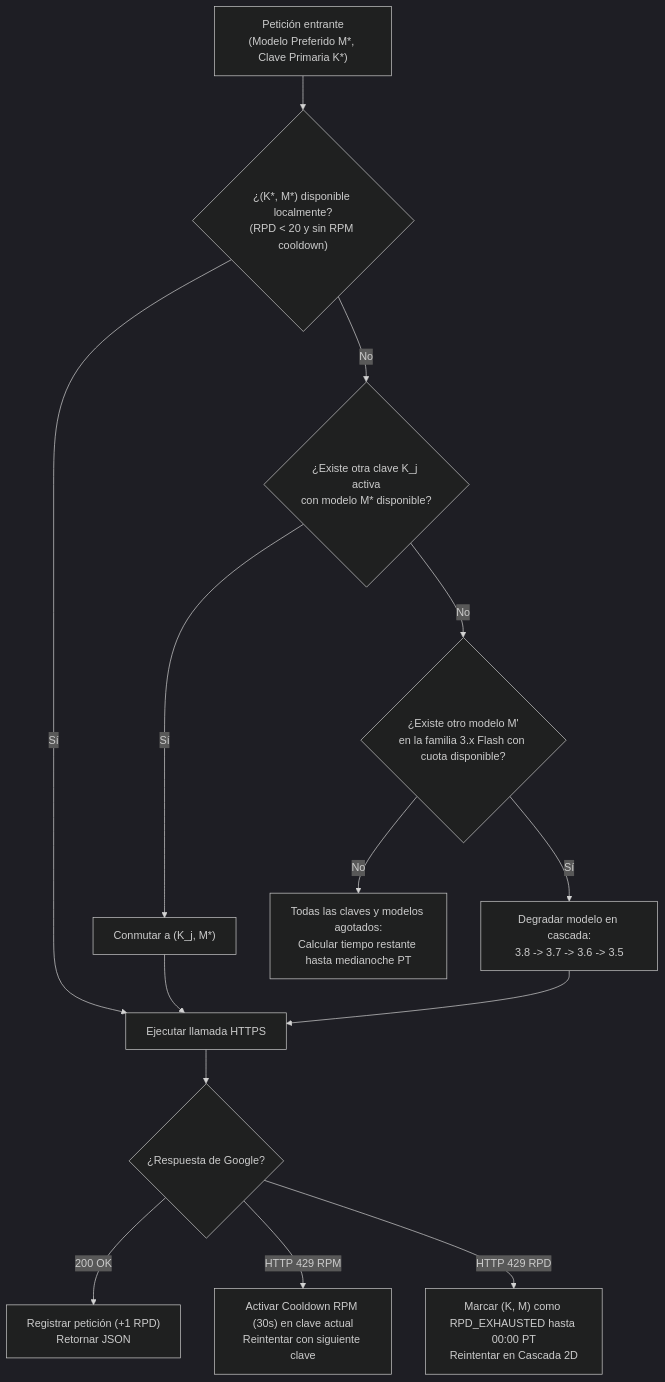
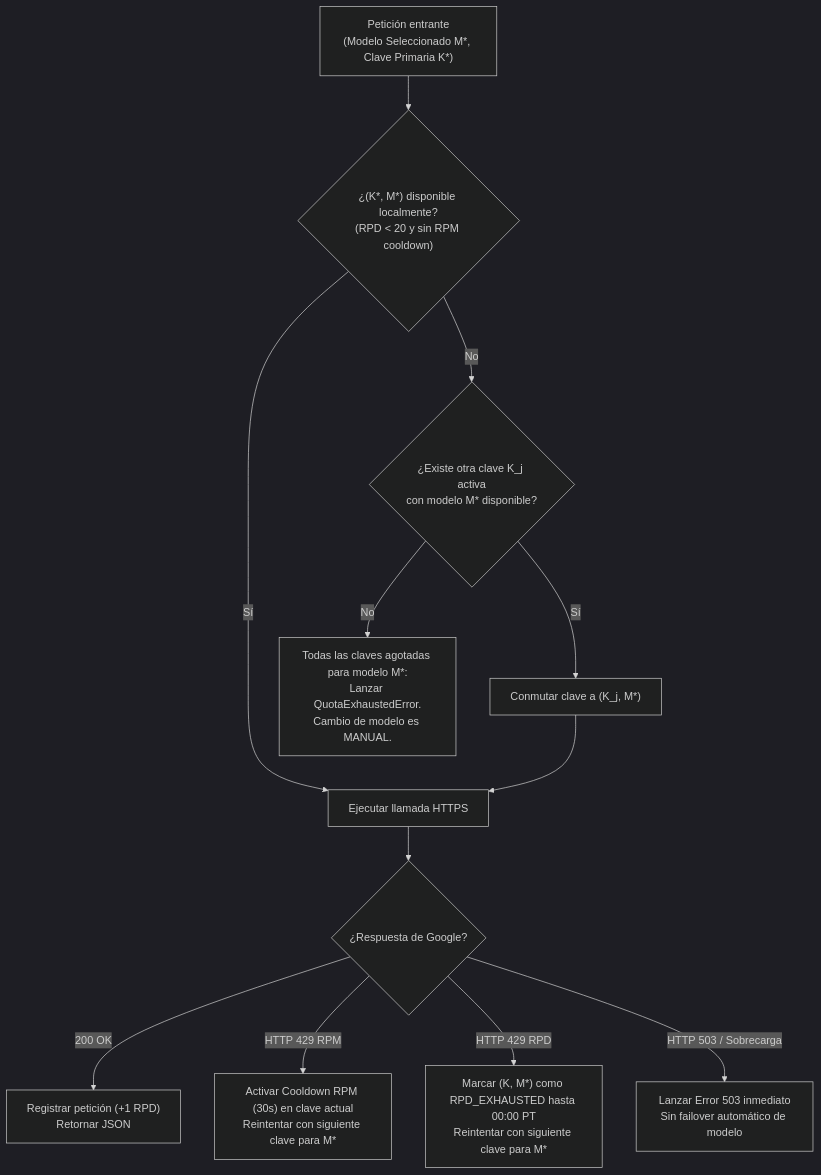
Before and after one commit to JosGRM21/english_learning_assistant: the second of 2 diagrams in docs/05_algorithms/ai_quota_resilience_matrix.md, drawn with Mermaid (dark theme). The commit also changed other lines of this file and 48 other files, not shown here.

````diff
--- a/docs/05_algorithms/ai_quota_resilience_matrix.md
+++ b/docs/05_algorithms/ai_quota_resilience_matrix.md
@@ -61,18 +61,16 @@
 ```mermaid
 flowchart TD
-    Start["Petición entrante<br/>(Modelo Preferido M*, Clave Primaria K*)"] --> CheckLocal{"¿(K*, M*) disponible localmente?<br/>(RPD < 20 y sin RPM cooldown)"}
+    Start["Petición entrante<br/>(Modelo Seleccionado M*, Clave Primaria K*)"] --> CheckLocal{"¿(K*, M*) disponible localmente?<br/>(RPD < 20 y sin RPM cooldown)"}
     
     CheckLocal -- Sí --> Exec["Ejecutar llamada HTTPS"]
     CheckLocal -- No --> SearchKey{"¿Existe otra clave K_j activa<br/>con modelo M* disponible?"}
     
-    SearchKey -- Sí --> SwapKey["Conmutar a (K_j, M*)"] --> Exec
-    SearchKey -- No --> SearchModel{"¿Existe otro modelo M'<br/>en la familia 3.x Flash con cuota disponible?"}
-    
-    SearchModel -- Sí --> DegradeModel["Degradar modelo en cascada:<br/>3.8 -> 3.7 -> 3.6 -> 3.5"] --> Exec
-    SearchModel -- No --> AllExhausted["Todas las claves y modelos agotados:<br/>Calcular tiempo restante hasta medianoche PT"]
+    SearchKey -- Sí --> SwapKey["Conmutar clave a (K_j, M*)"] --> Exec
+    SearchKey -- No --> AllKeysExhausted["Todas las claves agotadas para modelo M*:<br/>Lanzar QuotaExhaustedError.<br/>Cambio de modelo es MANUAL."]
 
     Exec --> CheckResponse{"¿Respuesta de Google?"}
     CheckResponse -- "200 OK" --> Success["Registrar petición (+1 RPD)<br/>Retornar JSON"]
-    CheckResponse -- "HTTP 429 RPM" --> TriggerRPM["Activar Cooldown RPM (30s) en clave actual<br/>Reintentar con siguiente clave"]
-    CheckResponse -- "HTTP 429 RPD" --> TriggerRPD["Marcar (K, M) como RPD_EXHAUSTED hasta 00:00 PT<br/>Reintentar en Cascada 2D"]
+    CheckResponse -- "HTTP 429 RPM" --> TriggerRPM["Activar Cooldown RPM (30s) en clave actual<br/>Reintentar con siguiente clave para M*"]
+    CheckResponse -- "HTTP 429 RPD" --> TriggerRPD["Marcar (K, M*) como RPD_EXHAUSTED hasta 00:00 PT<br/>Reintentar con siguiente clave para M*"]
+    CheckResponse -- "HTTP 503 / Sobrecarga" --> Error503["Lanzar Error 503 inmediato<br/>Sin failover automático de modelo"]
 ```
````
